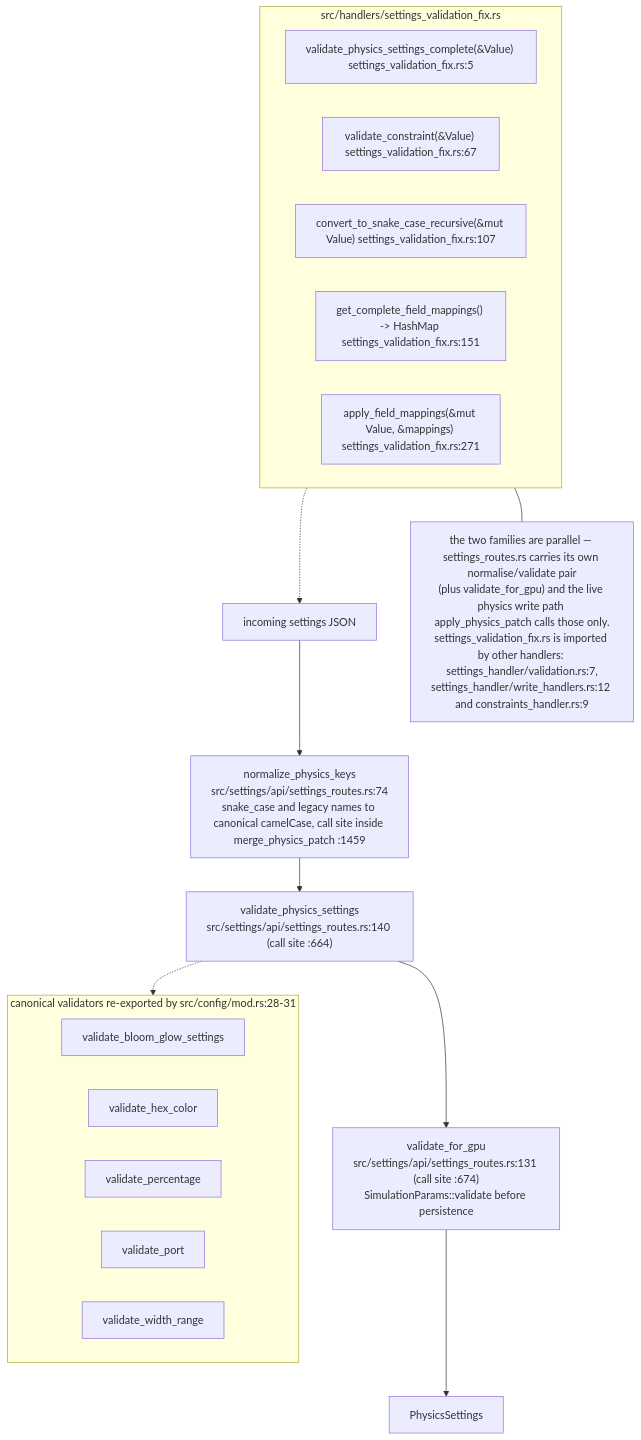
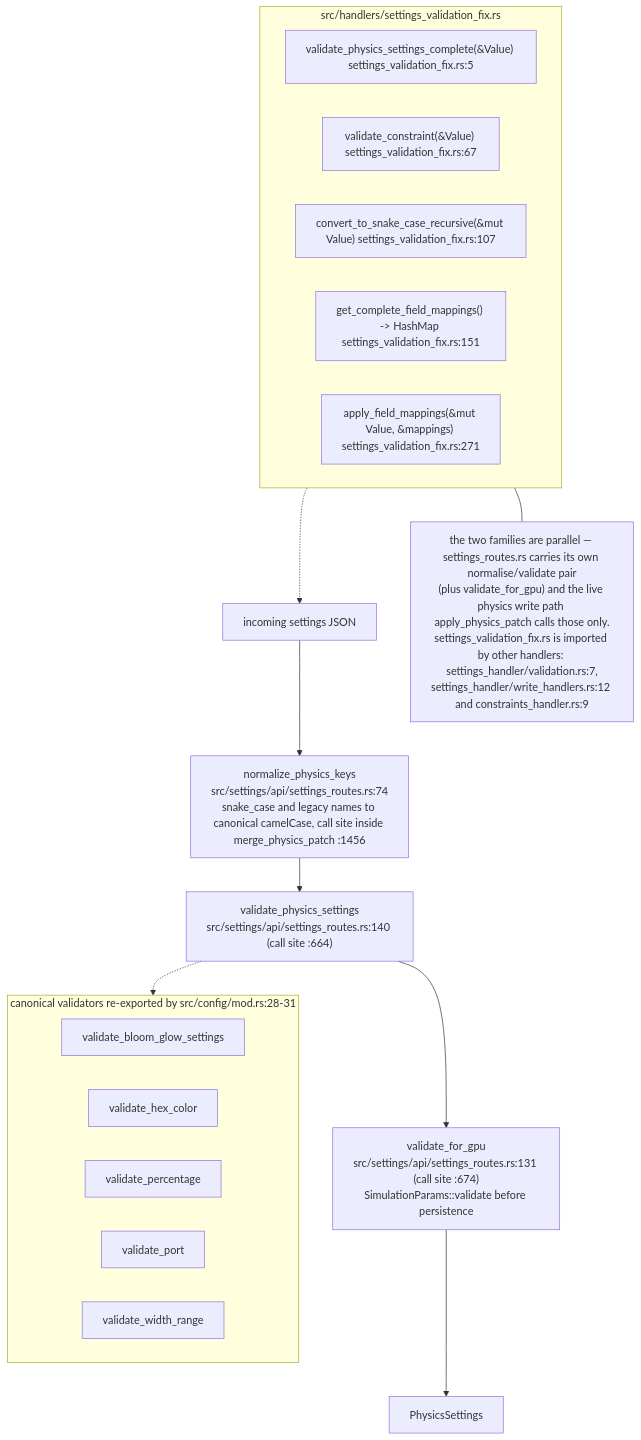
Before and after one commit to DreamLab-AI/VisionFlow: the seventh of 9 diagrams in docs/diagrams/visionclaw/06-settings-round-trip.md, drawn with Mermaid. The commit also changed other lines of this file and 49 other files, not shown here.

First line of the commit message:
docs(diagrams): re-derive and re-stamp VisionClaw, estate, knowledge-graph, visionGraph, VisionFlow and sidestr topics

````diff
--- a/docs/diagrams/visionclaw/06-settings-round-trip.md
+++ b/docs/diagrams/visionclaw/06-settings-round-trip.md
@@ -286,26 +286,26 @@
 ```mermaid
 flowchart TB
     IN["incoming settings JSON"]
-    IN --> N1["normalize_physics_keys<br/>src/settings/api/settings_routes.rs:74<br/>snake_case and legacy names to canonical camelCase, call site inside merge_physics_patch :1459"]
+    IN --> N1["normalize_physics_keys<br/>src/settings/api/settings_routes.rs:74<br/>snake_case and legacy names to canonical camelCase, call site inside merge_physics_patch :1456"]
     N1 --> V1["validate_physics_settings<br/>src/settings/api/settings_routes.rs:140 (call site :664)"]
     V1 --> G1["validate_for_gpu<br/>src/settings/api/settings_routes.rs:131 (call site :674)<br/>SimulationParams::validate before persistence"]
     G1 --> OUT["PhysicsSettings"]
     subgraph FIX["src/handlers/settings_validation_fix.rs"]
         F1["validate_physics_settings_complete(&Value) settings_validation_fix.rs:5"]
         F2["validate_constraint(&Value) settings_validation_fix.rs:67"]
         F3["convert_to_snake_case_recursive(&mut Value) settings_validation_fix.rs:107"]
         F4["get_complete_field_mappings() -> HashMap settings_validation_fix.rs:151"]
         F5["apply_field_mappings(&mut Value, &mappings) settings_validation_fix.rs:271"]
     end
     subgraph DOM["canonical validators re-exported by src/config/mod.rs:28-31"]
         D1["validate_bloom_glow_settings"]
         D2["validate_hex_color"]
         D3["validate_percentage"]
         D4["validate_port"]
         D5["validate_width_range"]
     end
     V1 -.-> DOM
     FIX -.-> IN
     NOTE["the two families are parallel — settings_routes.rs carries its own normalise/validate pair<br/>(plus validate_for_gpu) and the live physics write path apply_physics_patch calls those only.<br/>settings_validation_fix.rs is imported by other handlers: settings_handler/validation.rs:7,<br/>settings_handler/write_handlers.rs:12 and constraints_handler.rs:9"]
     FIX --- NOTE
 ```
````
